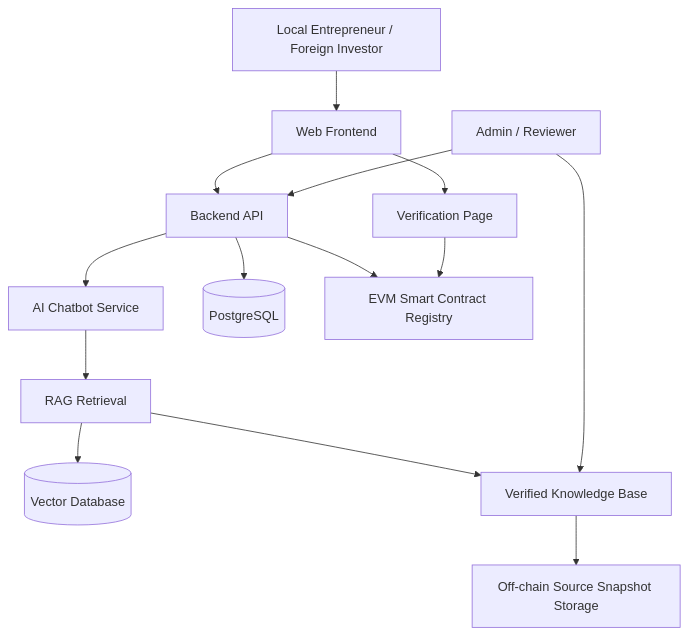
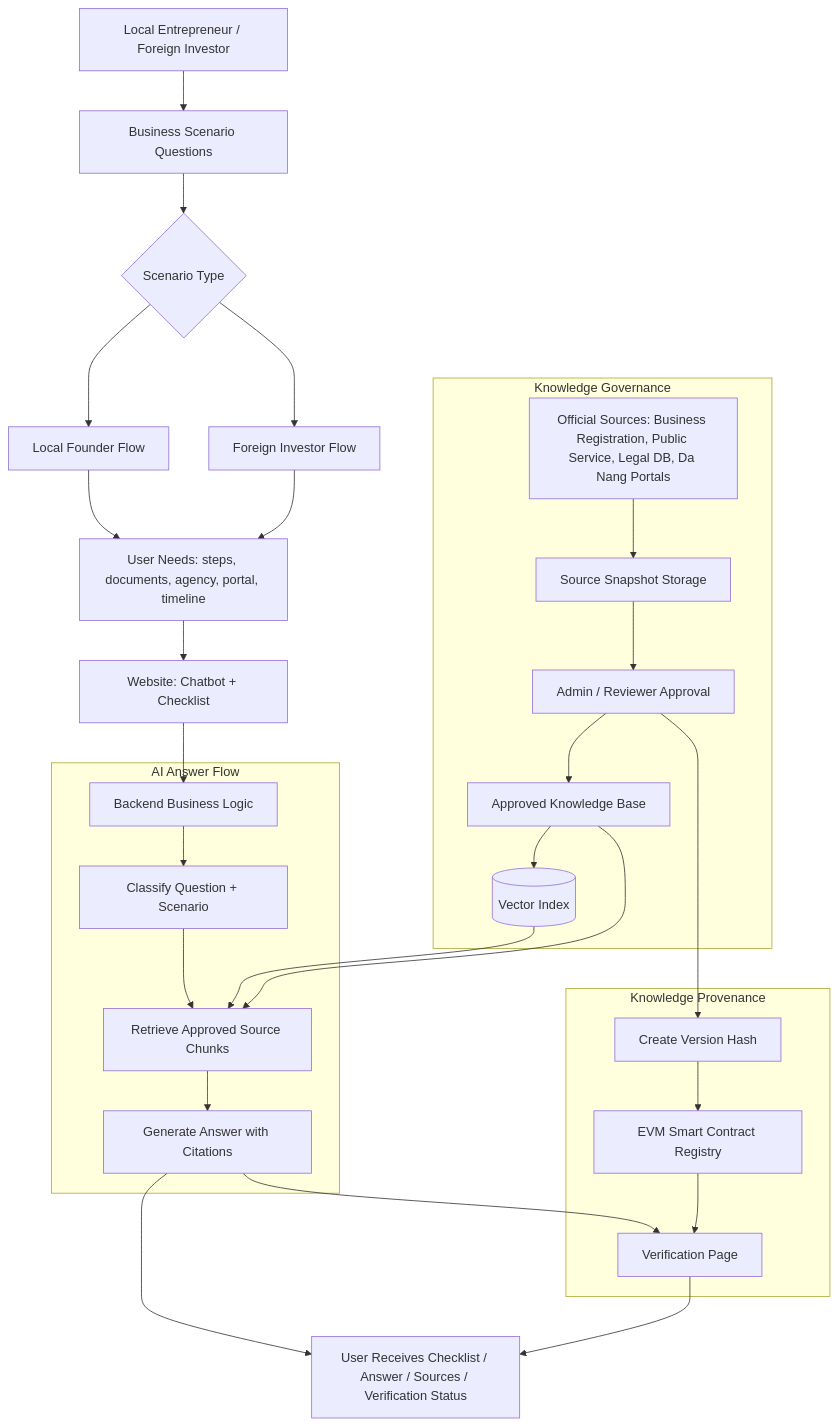
Before and after one commit to MAWOW1000/da-nang-bizguide: the diagram in docs/02-five-section-brainstorming-draft.md, drawn with Mermaid. The commit also changed other lines of this file and 11 other files, not shown here.

````diff
--- a/docs/02-five-section-brainstorming-draft.md
+++ b/docs/02-five-section-brainstorming-draft.md
@@ -162,16 +200,42 @@
 ```mermaid
 flowchart TD
-    U[Local Entrepreneur / Foreign Investor] --> FE[Web Frontend]
-    FE --> API[Backend API]
-    API --> CHAT[AI Chatbot Service]
-    CHAT --> RAG[RAG Retrieval]
-    RAG --> VDB[(Vector Database)]
-    RAG --> KB[Verified Knowledge Base]
-    API --> DB[(PostgreSQL)]
-    API --> BC[EVM Smart Contract Registry]
-    ADMIN[Admin / Reviewer] --> API
-    ADMIN --> KB
-    KB --> STORAGE[Off-chain Source Snapshot Storage]
-    FE --> VERIFY[Verification Page]
-    VERIFY --> BC
+    U[Local Entrepreneur / Foreign Investor] --> Q[Business Scenario Questions]
+    Q --> S{Scenario Type}
+    S --> LOCAL[Local Founder Flow]
+    S --> FOREIGN[Foreign Investor Flow]
+
+    LOCAL --> NEEDS[User Needs: steps, documents, agency, portal, timeline]
+    FOREIGN --> NEEDS
+    NEEDS --> FE[Website: Chatbot + Checklist]
+    FE --> API[Backend Business Logic]
+
+    subgraph Knowledge_Governance[Knowledge Governance]
+        SRC[Official Sources: Business Registration, Public Service, Legal DB, Da Nang Portals]
+        SNAP[Source Snapshot Storage]
+        REVIEW[Admin / Reviewer Approval]
+        KB[Approved Knowledge Base]
+        VDB[(Vector Index)]
+        SRC --> SNAP
+        SNAP --> REVIEW
+        REVIEW --> KB
+        KB --> VDB
+    end
+
+    subgraph AI_Answer_Flow[AI Answer Flow]
+        API --> INTENT[Classify Question + Scenario]
+        INTENT --> RAG[Retrieve Approved Source Chunks]
+        RAG --> ANSWER[Generate Answer with Citations]
+        VDB --> RAG
+        KB --> RAG
+    end
+
+    subgraph Verification_Flow[Knowledge Provenance]
+        REVIEW --> HASH[Create Version Hash]
+        HASH --> BC[EVM Smart Contract Registry]
+        ANSWER --> VERIFY[Verification Page]
+        BC --> VERIFY
+    end
+
+    ANSWER --> RESULT[User Receives Checklist / Answer / Sources / Verification Status]
+    VERIFY --> RESULT
 ```
````
